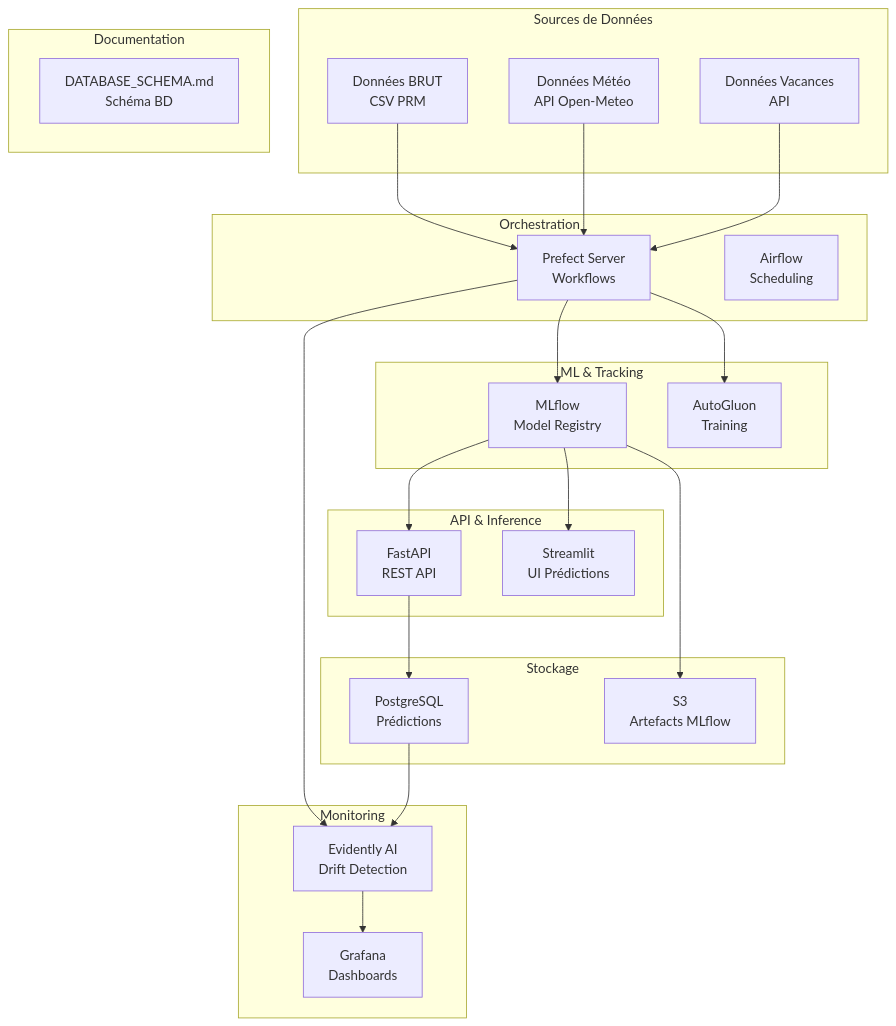
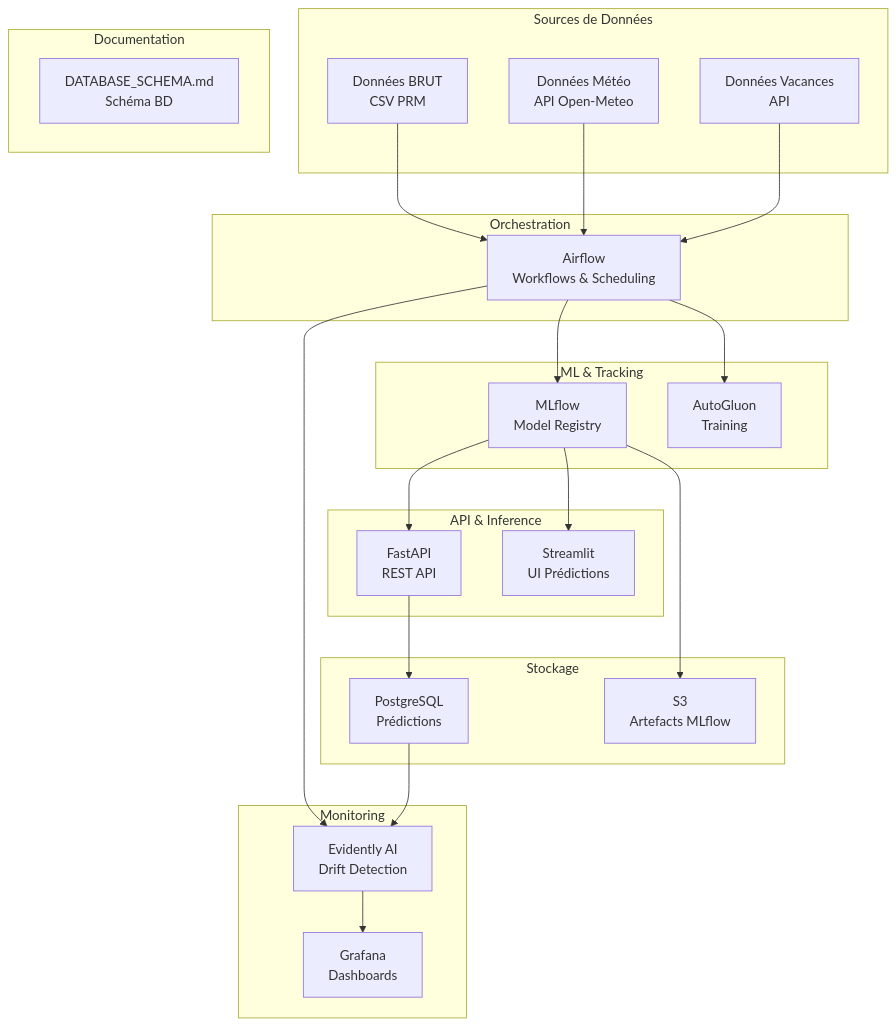
One commit to jinsudai/jinsudai changed the first of 21 diagrams in docs/ARCHITECTURE_MLOPS.md. Above: the diagram before and after it, drawn with Mermaid. The commit also changed other lines of this file and 12 other files, not shown here.

````diff
--- a/docs/ARCHITECTURE_MLOPS.md
+++ b/docs/ARCHITECTURE_MLOPS.md
@@ -19,52 +19,51 @@
 ```mermaid
 graph TB
 
     subgraph "Sources de Données"
         A[Données BRUT<br/>CSV PRM]
         B[Données Météo<br/>API Open-Meteo]
         C[Données Vacances<br/>API]
     end
 
     subgraph "Orchestration"
-        D[Prefect Server<br/>Workflows]
-        E[Airflow<br/>Scheduling]
+        D[Airflow<br/>Workflows & Scheduling]
     end
 
     subgraph "ML & Tracking"
         F[MLflow<br/>Model Registry]
         G[AutoGluon<br/>Training]
     end
 
     subgraph "API & Inference"
         H[FastAPI<br/>REST API]
         I[Streamlit<br/>UI Prédictions]
     end
 
     subgraph "Monitoring"
         J[Evidently AI<br/>Drift Detection]
         K[Grafana<br/>Dashboards]
     end
 
     subgraph "Stockage"
         L[PostgreSQL<br/>Prédictions]
         M[S3<br/>Artefacts MLflow]
     end
 
     subgraph "Documentation"
         N[DATABASE_SCHEMA.md<br/>Schéma BD]
     end
 
     A --> D
     B --> D
     C --> D
     D --> F
     D --> G
     F --> H
     F --> I
     H --> L
     D --> J
     J --> K
     F --> M
     L --> J
 
 ```
````
